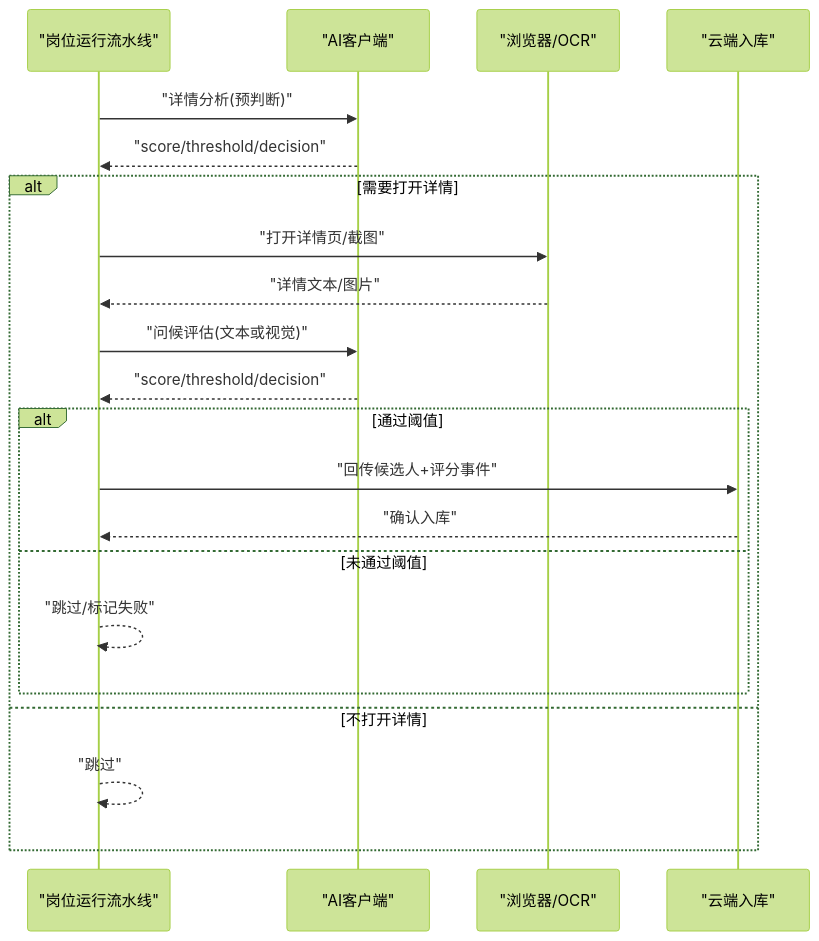
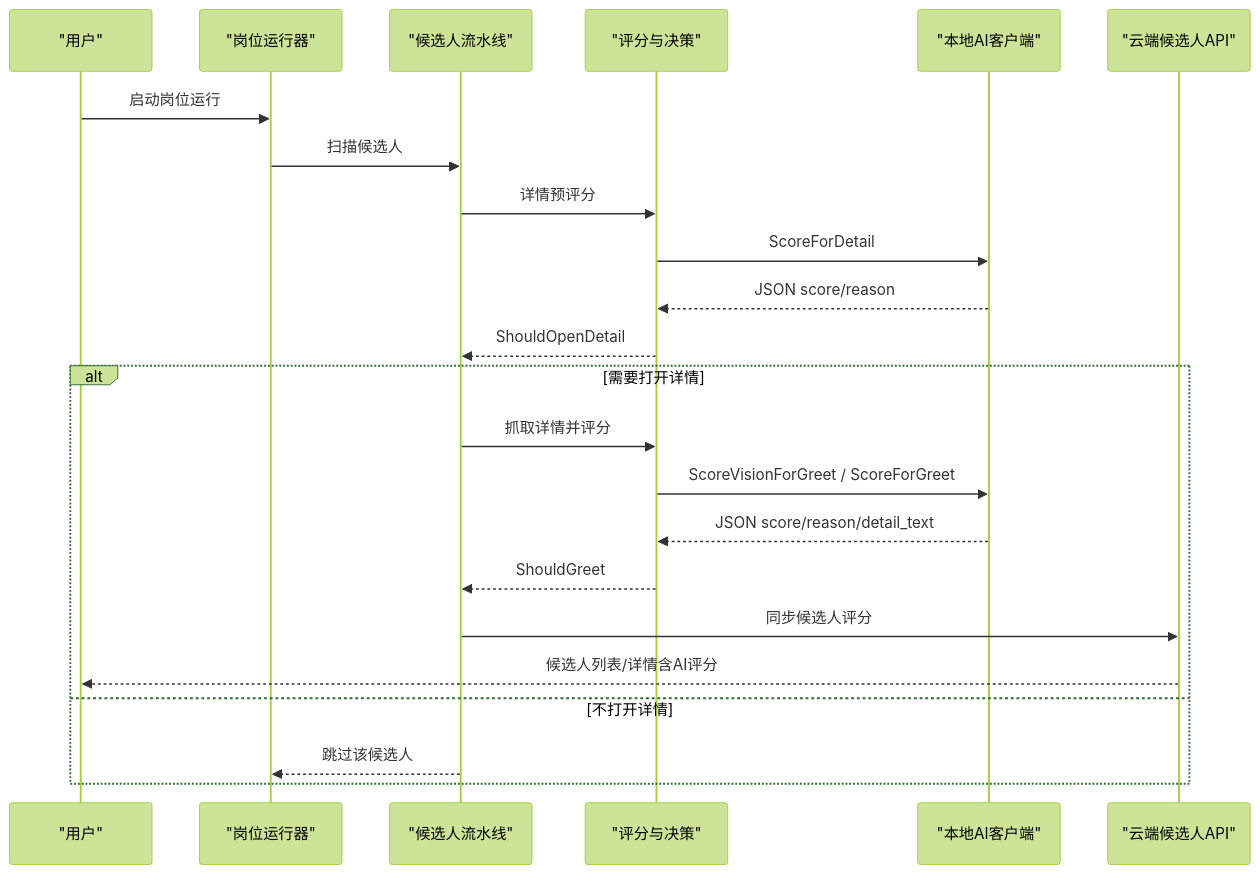
Before and after one commit to alvinwangzi/goodhr: the second of 9 diagrams in .qoder/repowiki/zh/content/云端后端服务/候选人处理系统/AI匹配评分/AI评分算法.md, drawn with Mermaid (forest theme). The commit also changed other lines of this file and 149 other files, not shown here.

````diff
--- a/.qoder/repowiki/zh/content/云端后端服务/候选人处理系统/AI匹配评分/AI评分算法.md
+++ b/.qoder/repowiki/zh/content/云端后端服务/候选人处理系统/AI匹配评分/AI评分算法.md
@@ -108,23 +109,25 @@
 ```mermaid
 sequenceDiagram
-participant Runner as "岗位运行流水线"
-participant AI as "AI客户端"
-participant Browser as "浏览器/OCR"
-participant Cloud as "云端入库"
-Runner->>AI : "详情分析(预判断)"
-AI-->>Runner : "score/threshold/decision"
+participant User as "用户"
+participant Runner as "岗位运行器"
+participant Pipeline as "候选人流水线"
+participant Decision as "评分与决策"
+participant LocalAI as "本地AI客户端"
+participant Cloud as "云端候选人API"
+User->>Runner : 启动岗位运行
+Runner->>Pipeline : 扫描候选人
+Pipeline->>Decision : 详情预评分
+Decision->>LocalAI : ScoreForDetail
+LocalAI-->>Decision : JSON score/reason
+Decision-->>Pipeline : ShouldOpenDetail
 alt 需要打开详情
-Runner->>Browser : "打开详情页/截图"
-Browser-->>Runner : "详情文本/图片"
-Runner->>AI : "问候评估(文本或视觉)"
-AI-->>Runner : "score/threshold/decision"
-alt 通过阈值
-Runner->>Cloud : "回传候选人+评分事件"
-Cloud-->>Runner : "确认入库"
-else 未通过阈值
-Runner-->>Runner : "跳过/标记失败"
-end
+Pipeline->>Decision : 抓取详情并评分
+Decision->>LocalAI : ScoreVisionForGreet / ScoreForGreet
+LocalAI-->>Decision : JSON score/reason/detail_text
+Decision-->>Pipeline : ShouldGreet
+Pipeline->>Cloud : 同步候选人评分
+Cloud-->>User : 候选人列表/详情含AI评分
 else 不打开详情
-Runner-->>Runner : "跳过"
+Pipeline-->>Runner : 跳过该候选人
 end
 ```
````
